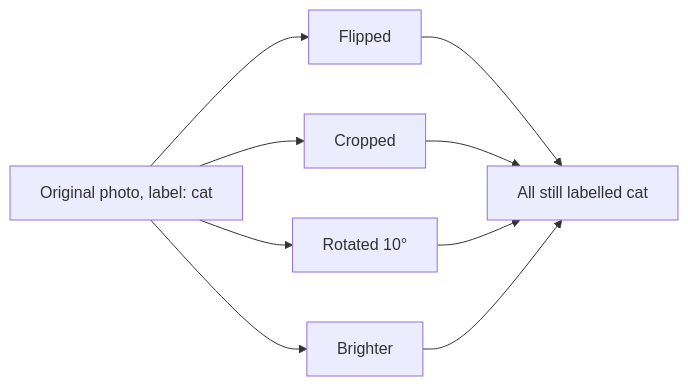
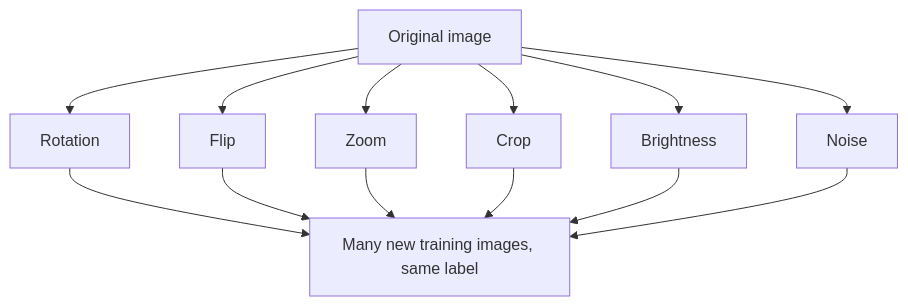
Before and after one commit to TrendySloth1001/sem-seven-notes: the seventh of 7 diagrams in content/deep-learning/notes/regularization.mdx, drawn with Mermaid. The commit also changed other lines of this file and 254 other files, not shown here.

````diff
--- a/content/deep-learning/notes/regularization.mdx
+++ b/content/deep-learning/notes/regularization.mdx
@@ -445,12 +858,16 @@
 ```mermaid
-%% caption: Data augmentation turns one labelled image into many training examples that all keep the label "cat".
-flowchart LR
-  A["Original photo, label: cat"] --> B["Flipped"]
-  A --> C["Cropped"]
-  A --> D["Rotated 10°"]
-  A --> E["Brighter"]
-  B --> F["All still labelled cat"]
-  C --> F
-  D --> F
-  E --> F
+%% caption: The data augmentation flow from the teacher's sheet. One original image becomes many new training images, all with the same label.
+flowchart TD
+  A["Original image"] --> B["Rotation"]
+  A --> C["Flip"]
+  A --> D["Zoom"]
+  A --> E["Crop"]
+  A --> F["Brightness"]
+  A --> G["Noise"]
+  B --> H["Many new training images, same label"]
+  C --> H
+  D --> H
+  E --> H
+  F --> H
+  G --> H
 ```
````
